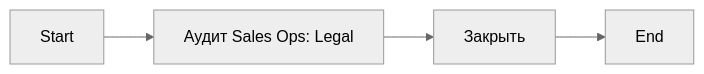
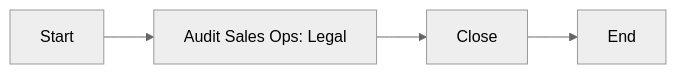
One commit to bnku/mdmm changed the first of 3 diagrams in examples/dist/docs/template-nested.md. Above: the diagram before and after it, drawn with Mermaid (neutral theme). The commit also changed other lines of this file and 20 other files, not shown here.

First line of the commit message:
refactor(core): rename whole-diagram to diagram terminology

````diff
--- a/examples/dist/docs/template-nested.md
+++ b/examples/dist/docs/template-nested.md
@@ -5,7 +5,7 @@
 ```mermaid
 flowchart LR
 Start --> lane__entry
-lane__entry["Аудит Sales Ops: Legal"]
-lane__entry --> lane__done["Закрыть"]
+lane__entry["Audit Sales Ops: Legal"]
+lane__entry --> lane__done["Close"]
 lane__done --> End
 ```
````
